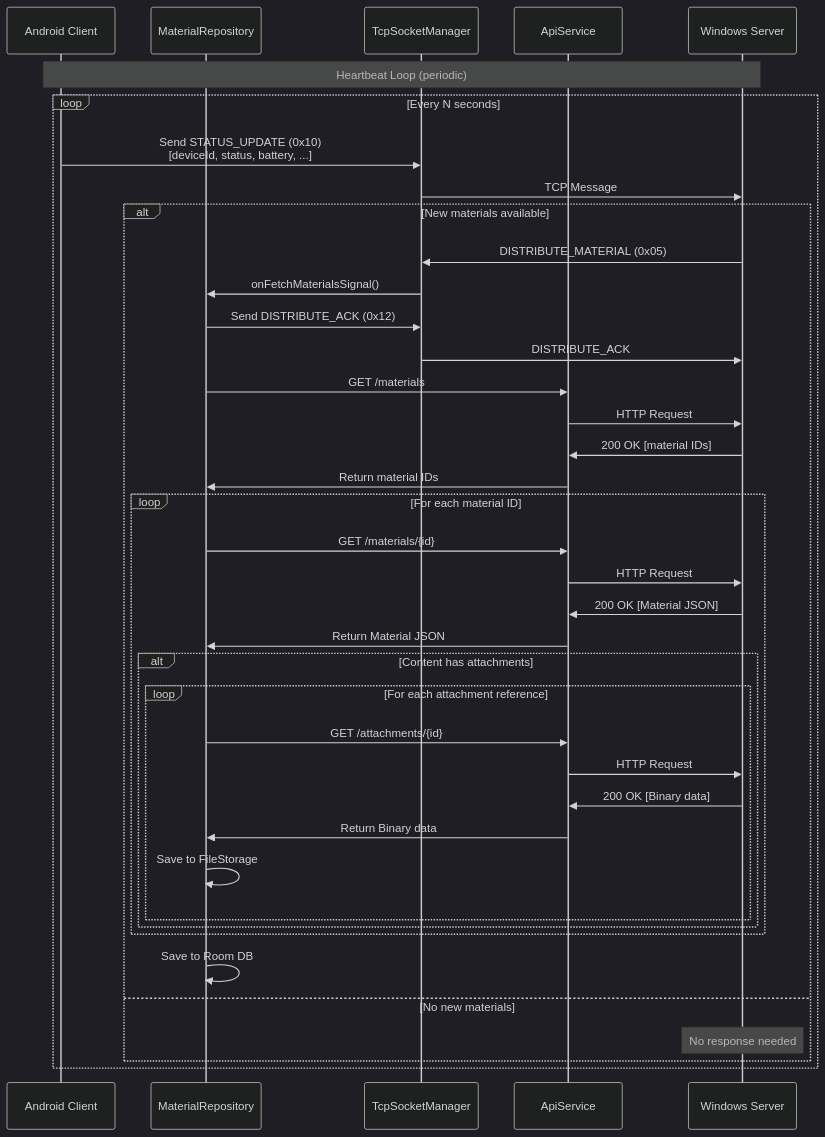
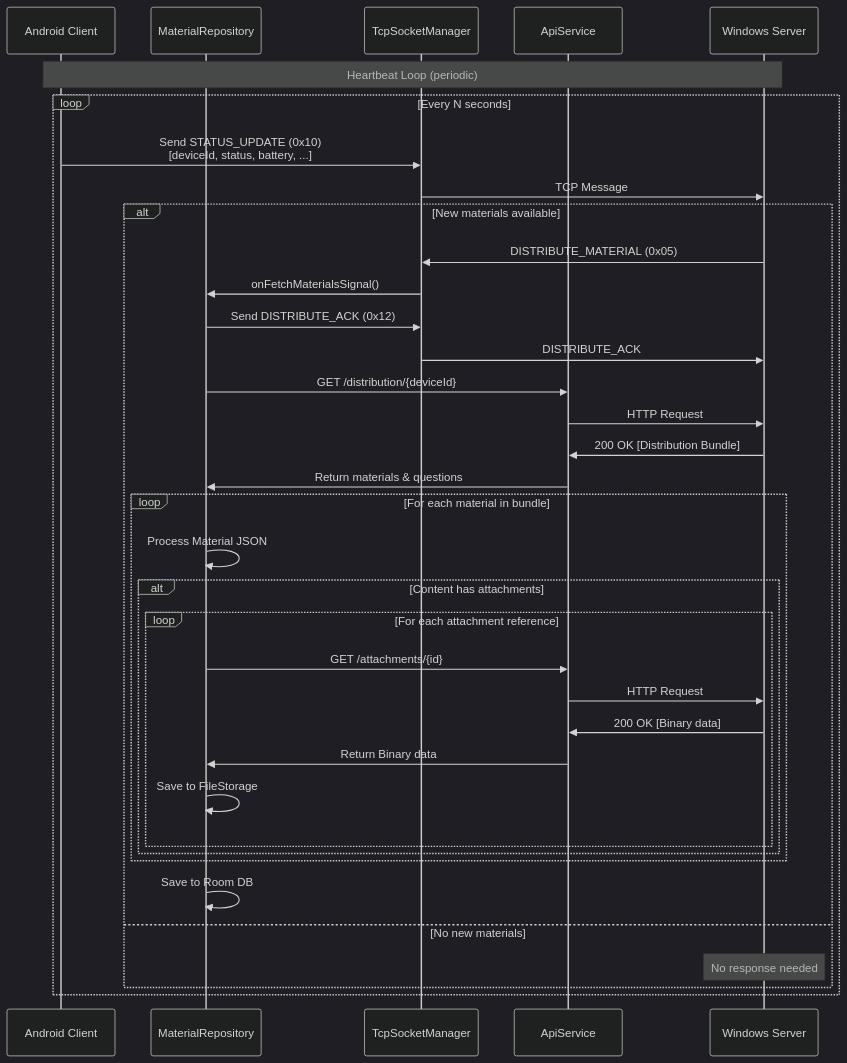
The third of 13 diagrams in docs/Android System Design.md (raphaellith/Manuscripta), drawn with Mermaid (dark theme) before and after one commit. The commit also changed other lines of this file and 2 other files, not shown here.

Commit message:
docs: Update API contract references and adjust material distribution process in documentation

````diff
--- a/docs/Android System Design.md
+++ b/docs/Android System Design.md
@@ -125,46 +125,43 @@
 ```mermaid
 sequenceDiagram
     participant A as Android Client
     participant MR as MaterialRepository
     participant TCP as TcpSocketManager
     participant HTTP as ApiService
     participant W as Windows Server
     
     Note over A,W: Heartbeat Loop (periodic)
     loop Every N seconds
         A->>TCP: Send STATUS_UPDATE (0x10)<br/>[deviceId, status, battery, ...]
         TCP->>W: TCP Message
         
         alt New materials available
             W->>TCP: DISTRIBUTE_MATERIAL (0x05)
             TCP->>MR: onFetchMaterialsSignal()
             MR->>TCP: Send DISTRIBUTE_ACK (0x12)
             TCP->>W: DISTRIBUTE_ACK
-            MR->>HTTP: GET /materials
+            MR->>HTTP: GET /distribution/{deviceId}
             HTTP->>W: HTTP Request
-            W->>HTTP: 200 OK [material IDs]
-            HTTP->>MR: Return material IDs
+            W->>HTTP: 200 OK [Distribution Bundle]
+            HTTP->>MR: Return materials & questions
             
-            loop For each material ID
-                MR->>HTTP: GET /materials/{id}
-                HTTP->>W: HTTP Request
-                W->>HTTP: 200 OK [Material JSON]
-                HTTP->>MR: Return Material JSON
+            loop For each material in bundle
+                MR->>MR: Process Material JSON
                 
                 alt Content has attachments
                     loop For each attachment reference
                         MR->>HTTP: GET /attachments/{id}
                         HTTP->>W: HTTP Request
                         W->>HTTP: 200 OK [Binary data]
                         HTTP->>MR: Return Binary data
                         MR->>MR: Save to FileStorage
                     end
                 end
             end
             
             MR->>MR: Save to Room DB
         else No new materials
             Note over W: No response needed
         end
     end
 ```
````
